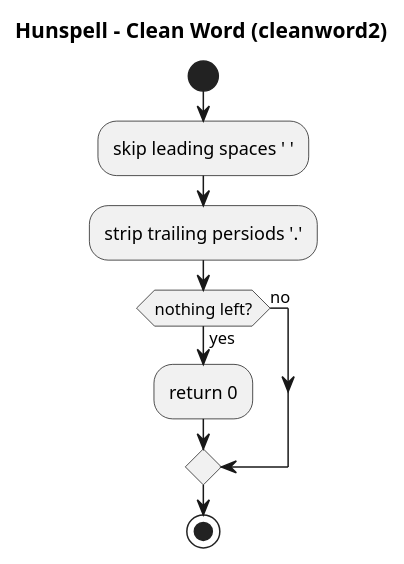
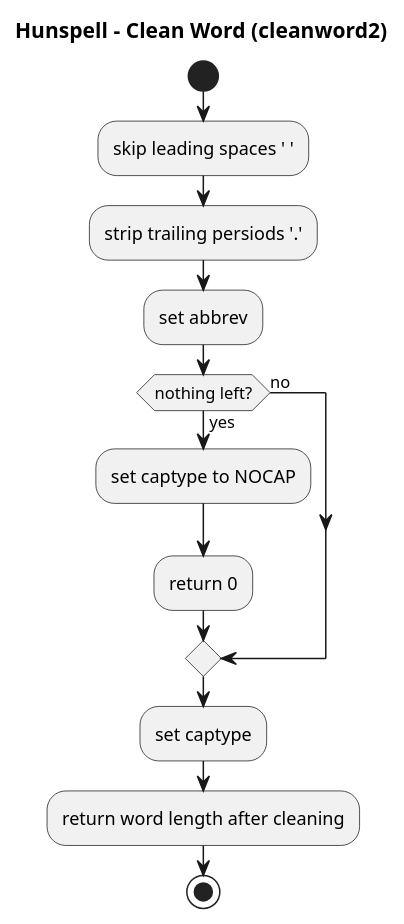
Before and after one commit to nuspell/misc-nuspell: the diagram in uml/plantuml/cleanword2-activity-diagram.pu, drawn with PlantUML. The commit also changed 9 other files, not shown here.

```diff
--- a/uml/plantuml/cleanword2-activity-diagram.pu
+++ b/uml/plantuml/cleanword2-activity-diagram.pu
@@ -1,14 +1,18 @@
 @startuml
 
 title Hunspell - Clean Word (cleanword2)
 
 start
 :skip leading spaces ' ';
 :strip trailing persiods '.';
+:set abbrev;
 if (nothing left?) then (yes)
+	:set captype to NOCAP;
 	:return 0;
 else (no)
 endif
+:set captype;
+:return word length after cleaning;
 stop
 
 @enduml
```
